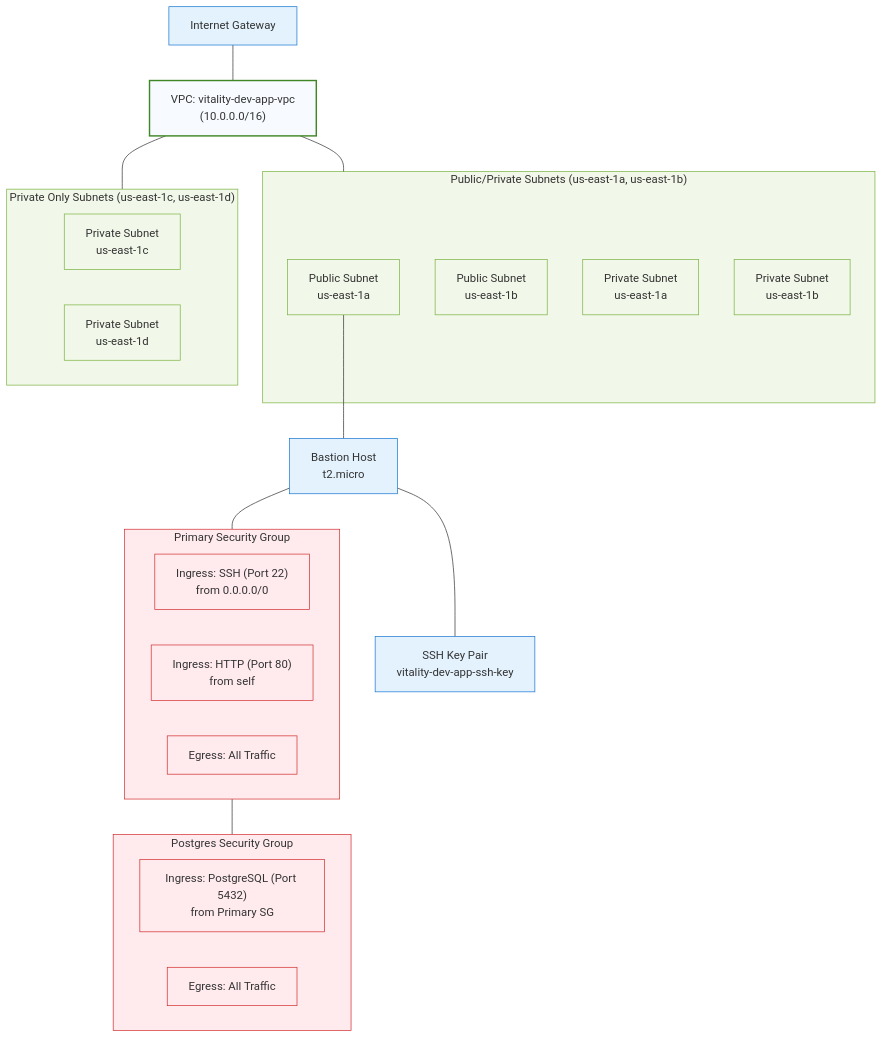
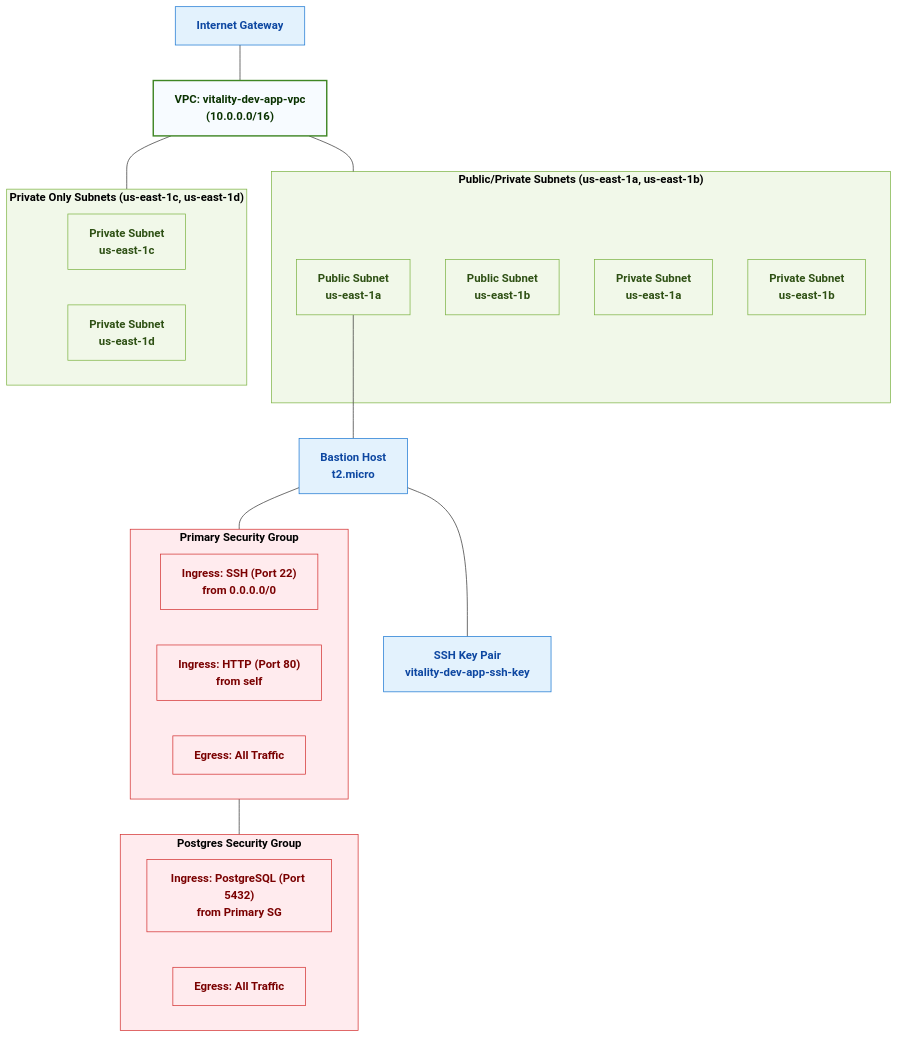
The diagram in arch/network/network_architecture.md (christine-malloy/case-study-vitality), drawn with Mermaid before and after one commit.

````diff
--- a/arch/network/network_architecture.md
+++ b/arch/network/network_architecture.md
@@ -5,57 +5,59 @@
 ```mermaid
 flowchart TB
     %% Define styles
-    classDef vpc fill:#F7FBFF,stroke:#3F8624,stroke-width:2px
-    classDef subnet fill:#F1F8E9,stroke:#7CB342,stroke-width:1px
-    classDef securityGroup fill:#FFEBEE,stroke:#D32F2F,stroke-width:1px
-    classDef component fill:#E3F2FD,stroke:#1976D2,stroke-width:1px
+    classDef vpc fill:#F7FBFF,stroke:#3F8624,stroke-width:2px,color:#0A3200,font-weight:bold
+    classDef subnet fill:#F1F8E9,stroke:#7CB342,stroke-width:1px,color:#2E5014,font-weight:bold
+    classDef securityGroup fill:#FFEBEE,stroke:#D32F2F,stroke-width:1px,color:#7A0000,font-weight:bold
+    classDef component fill:#E3F2FD,stroke:#1976D2,stroke-width:1px,color:#0D47A1,font-weight:bold
+    classDef subgraphTitle color:#000000,font-weight:bold
 
     %% Main VPC
     vpc["VPC: vitality-dev-app-vpc<br>(10.0.0.0/16)"]
     
     %% Public/Private Subnets
     subgraph publicPrivateSubnets["Public/Private Subnets (us-east-1a, us-east-1b)"]
         publicSubnetA["Public Subnet<br>us-east-1a"]
         publicSubnetB["Public Subnet<br>us-east-1b"]
         privateSubnetA["Private Subnet<br>us-east-1a"]
         privateSubnetB["Private Subnet<br>us-east-1b"]
     end
     
     %% Private Only Subnets
     subgraph privateOnlySubnets["Private Only Subnets (us-east-1c, us-east-1d)"]
         privateSubnetC["Private Subnet<br>us-east-1c"]
         privateSubnetD["Private Subnet<br>us-east-1d"]
     end
     
     %% Security Groups
     subgraph sgPrimary["Primary Security Group"]
         sgPrimarySsh["Ingress: SSH (Port 22)<br>from 0.0.0.0/0"]
         sgPrimaryHttp["Ingress: HTTP (Port 80)<br>from self"]
         sgPrimaryEgress["Egress: All Traffic"]
     end
     
     subgraph sgPostgres["Postgres Security Group"]
         sgPostgresIngress["Ingress: PostgreSQL (Port 5432)<br>from Primary SG"]
         sgPostgresEgress["Egress: All Traffic"]
     end
     
     %% Other Components
     bastion["Bastion Host<br>t2.micro"]
     igw["Internet Gateway"]
     keyPair["SSH Key Pair<br>vitality-dev-app-ssh-key"]
     
     %% Connections
     igw --- vpc
     vpc --- publicPrivateSubnets
     vpc --- privateOnlySubnets
     publicSubnetA --- bastion
     bastion --- sgPrimary
     sgPrimary --- sgPostgres
     bastion --- keyPair
     
     %% Apply Classes
     class vpc vpc
     class publicPrivateSubnets,privateOnlySubnets,publicSubnetA,publicSubnetB,privateSubnetA,privateSubnetB,privateSubnetC,privateSubnetD subnet
     class sgPrimary,sgPostgres,sgPrimarySsh,sgPrimaryHttp,sgPrimaryEgress,sgPostgresIngress,sgPostgresEgress securityGroup
     class bastion,igw,keyPair component
+    class publicPrivateSubnets,privateOnlySubnets,sgPrimary,sgPostgres subgraphTitle
 ```
````
